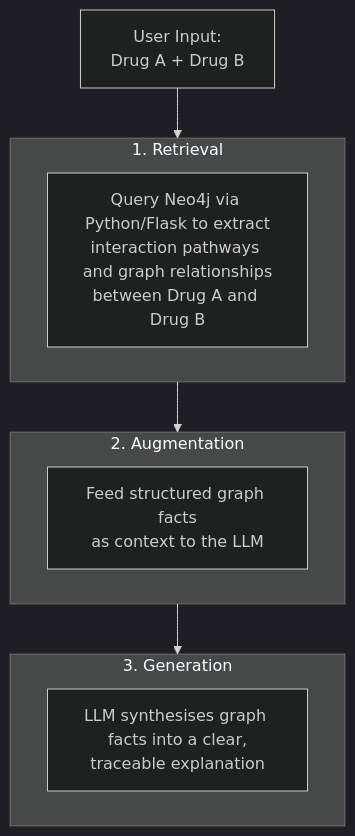
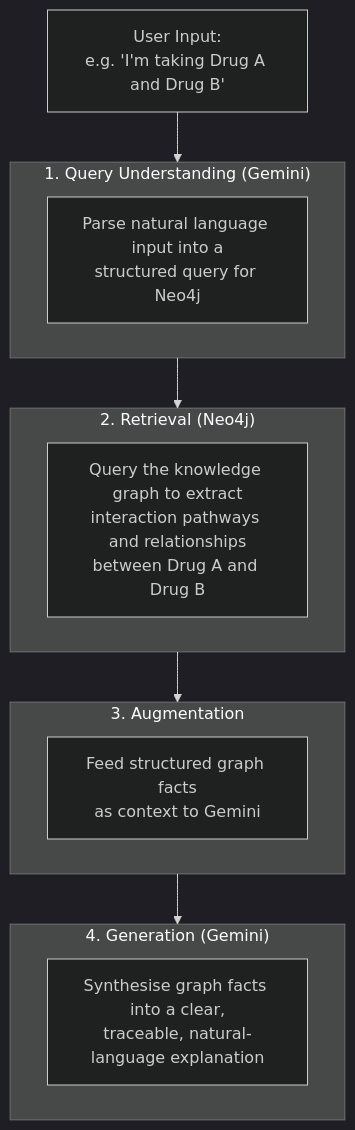
The diagram in README.md (yanhui-ma-dev/MediGuard-AI-Assistant), drawn with Mermaid (dark theme) before and after one commit.

````diff
--- a/README.md
+++ b/README.md
@@ -31,15 +31,26 @@
 ```mermaid
 flowchart TD
-    A["User Input:<br/>Drug A + Drug B"] --> B
-    subgraph B["1. Retrieval"]
-        B1["Query Neo4j via Python/Flask to extract<br/>interaction pathways and graph relationships<br/>between Drug A and Drug B"]
+    A["User Input:<br/>e.g. 'I'm taking Drug A and Drug B'"] --> B
+
+    subgraph B["1. Query Understanding (Gemini)"]
+        B1["Parse natural language input into a<br/>structured query for Neo4j"]
     end
+
     B --> C
-    subgraph C["2. Augmentation"]
-        C1["Feed structured graph facts<br/>as context to the LLM"]
+
+    subgraph C["2. Retrieval (Neo4j)"]
+        C1["Query the knowledge graph to extract<br/>interaction pathways and relationships<br/>between Drug A and Drug B"]
     end
+
     C --> D
-    subgraph D["3. Generation"]
-        D1["LLM synthesises graph facts into a clear,<br/>traceable explanation"]
+
+    subgraph D["3. Augmentation"]
+        D1["Feed structured graph facts<br/>as context to Gemini"]
+    end
+
+    D --> E
+
+    subgraph E["4. Generation (Gemini)"]
+        E1["Synthesise graph facts into a clear,<br/>traceable, natural-language explanation"]
     end
 ```
````
